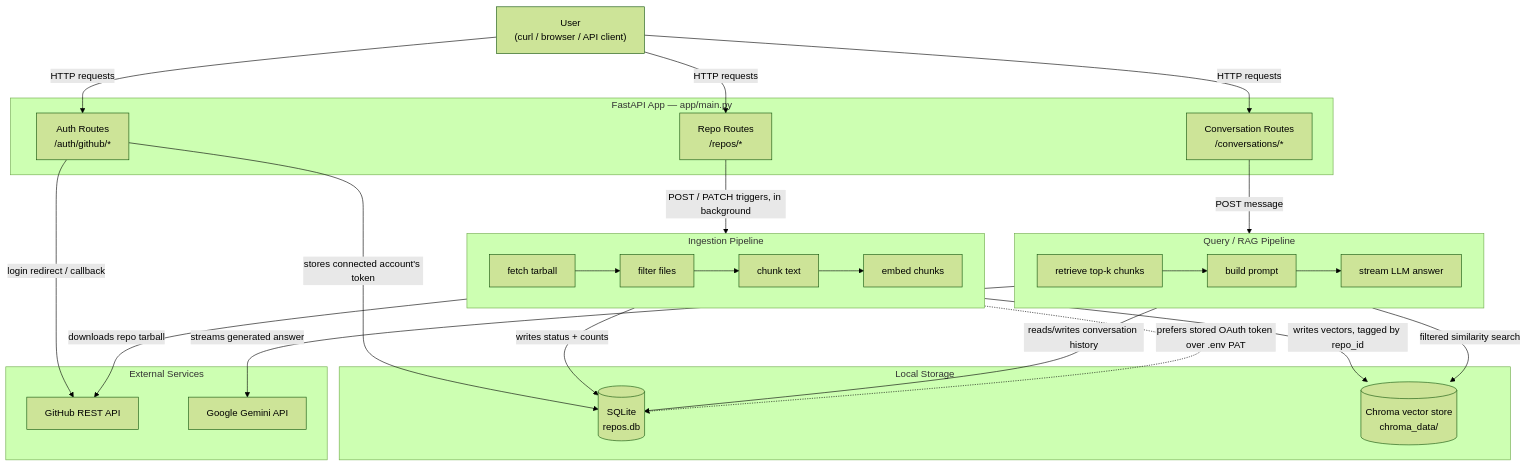
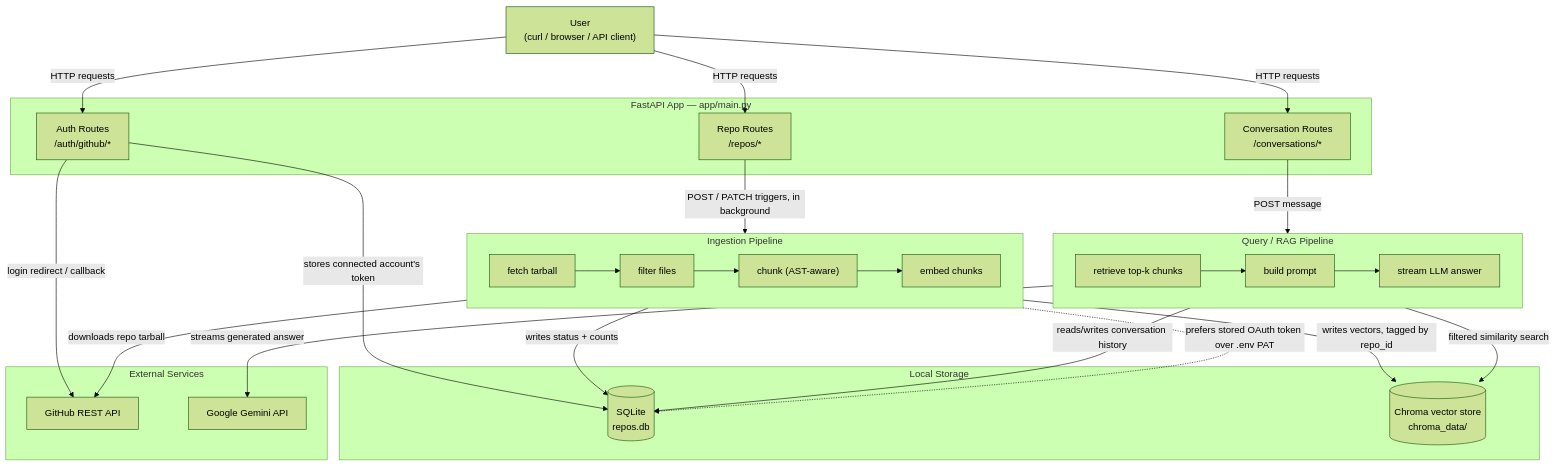
One commit to HafsaJavedPak/azure-rag-github-bot changed the first of 3 diagrams in README.md. Above: the diagram before and after it, drawn with Mermaid (forest theme). The commit also changed other lines of this file, not shown here.

````diff
--- a/README.md
+++ b/README.md
@@ -42,49 +43,49 @@
 ```mermaid
 graph TB
     U["User<br/>(curl / browser / API client)"]
 
     subgraph API["FastAPI App — app/main.py"]
         RR["Repo Routes<br/>/repos/*"]
         RC["Conversation Routes<br/>/conversations/*"]
         RA["Auth Routes<br/>/auth/github/*"]
     end
 
     subgraph Ingestion["Ingestion Pipeline"]
         direction LR
-        IG1["fetch tarball"] --> IG2["filter files"] --> IG3["chunk text"] --> IG4["embed chunks"]
+        IG1["fetch tarball"] --> IG2["filter files"] --> IG3["chunk (AST-aware)"] --> IG4["embed chunks"]
     end
 
     subgraph Query["Query / RAG Pipeline"]
         direction LR
         QP1["retrieve top-k chunks"] --> QP2["build prompt"] --> QP3["stream LLM answer"]
     end
 
     subgraph Storage["Local Storage"]
         SQL[("SQLite<br/>repos.db")]
         VEC[("Chroma vector store<br/>chroma_data/")]
     end
 
     subgraph External["External Services"]
         GH["GitHub REST API"]
         GEM["Google Gemini API"]
     end
 
     U -->|"HTTP requests"| RR
     U -->|"HTTP requests"| RC
     U -->|"HTTP requests"| RA
 
     RR -->|"POST / PATCH triggers, in background"| Ingestion
     RC -->|"POST message"| Query
     RA -->|"login redirect / callback"| GH
 
     Ingestion -->|"downloads repo tarball"| GH
     Ingestion -->|"writes status + counts"| SQL
     Ingestion -->|"writes vectors, tagged by repo_id"| VEC
 
     Query -->|"filtered similarity search"| VEC
     Query -->|"reads/writes conversation history"| SQL
     Query -->|"streams generated answer"| GEM
 
     RA -->|"stores connected account's token"| SQL
     Ingestion -.->|"prefers stored OAuth token over .env PAT"| SQL
 ```
````
